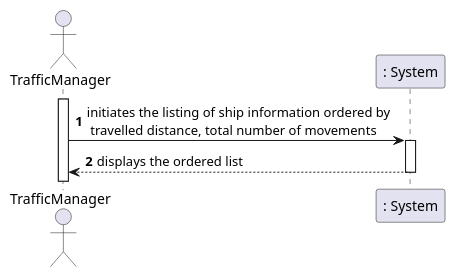
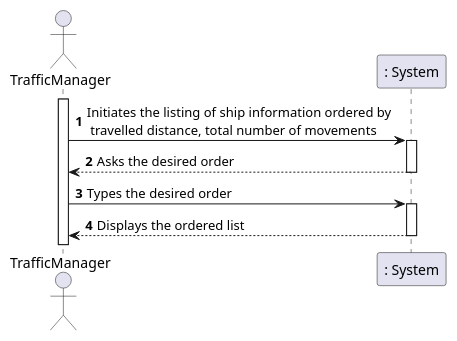
One commit to 0franciscor/lapr3-2021-g042 changed the diagram in docs/US105/US105_SSD.puml. Above: the diagram before and after it, drawn with PlantUML. The commit also changed 5 other files, not shown here.

```diff
--- a/docs/US105/US105_SSD.puml
+++ b/docs/US105/US105_SSD.puml
@@ -1,13 +1,18 @@
 @startuml
 'https://plantuml.com/sequence-diagram
 actor TrafficManager as TM
 participant ": System" as SY
 
 autonumber
 activate TM
-TM -> SY: initiates the listing of ship information ordered by \n travelled distance, total number of movements
+TM -> SY: Initiates the listing of ship information ordered by \n travelled distance, total number of movements
 activate SY
-SY --> TM : displays the ordered list
+SY --> TM : Asks the desired order
+deactivate SY
+
+TM -> SY: Types the desired order
+activate SY
+SY --> TM : Displays the ordered list
 deactivate SY
 
 @enduml
```
